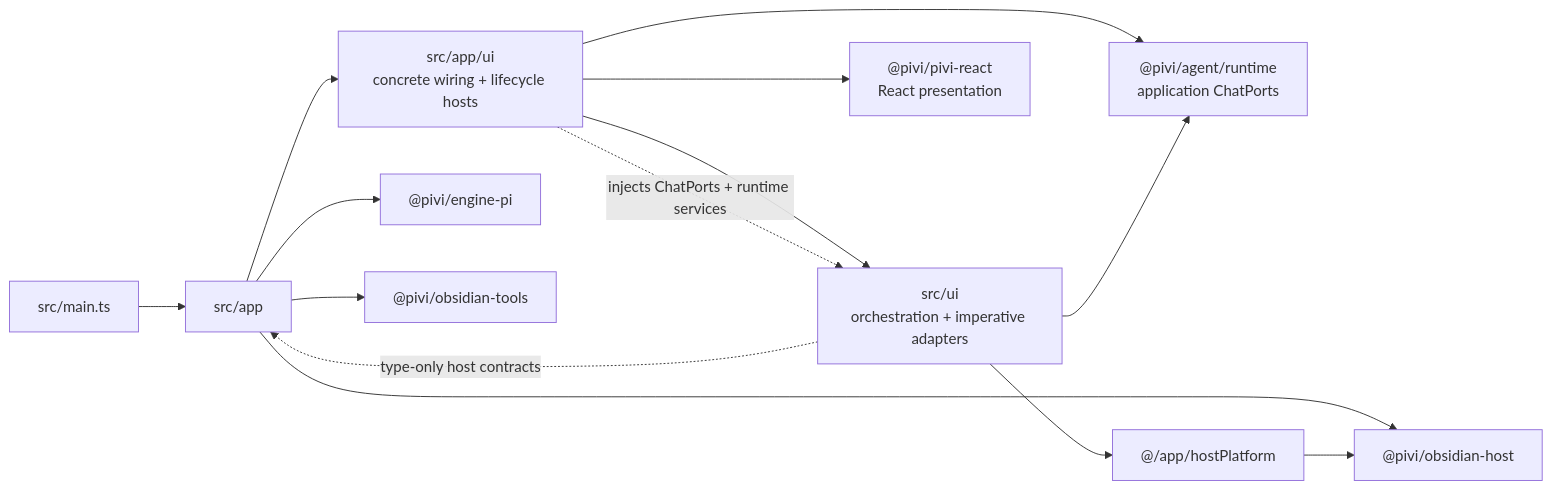
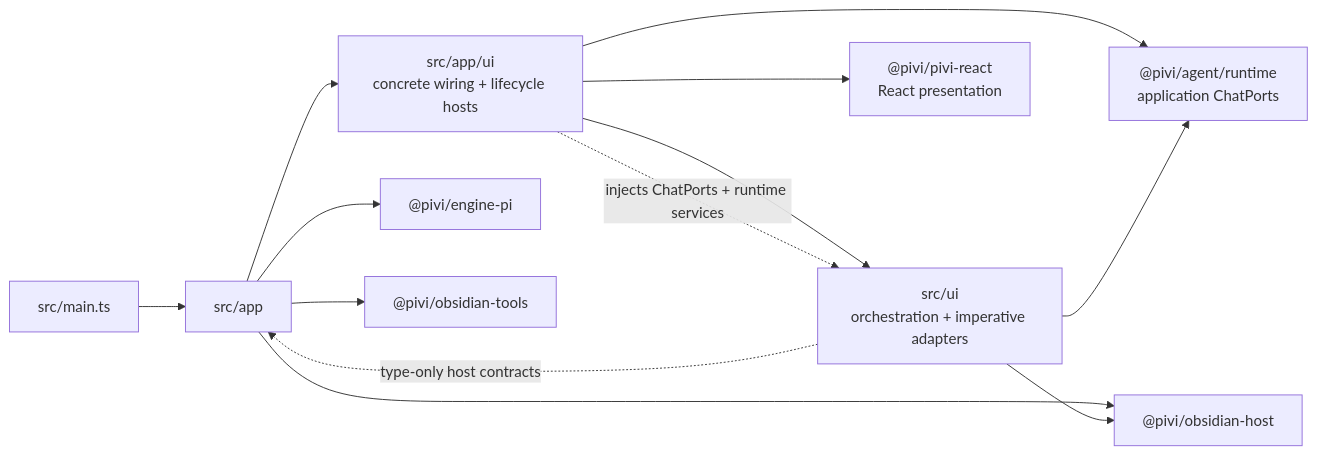
One commit to shuuul/obsidian-pivi changed the diagram in src/app/AGENTS.md. Above: the diagram before and after it, drawn with Mermaid. The commit also changed other lines of this file and 328 other files, not shown here.

````diff
--- a/src/app/AGENTS.md
+++ b/src/app/AGENTS.md
@@ -11,16 +11,15 @@
 ```mermaid
 flowchart LR
   Main["src/main.ts"] --> App["src/app"]
   App --> AppUI["src/app/ui<br/>concrete wiring + lifecycle hosts"]
   AppUI --> UI["src/ui<br/>orchestration + imperative adapters"]
   AppUI --> ReactUI["@pivi/pivi-react<br/>React presentation"]
   AppUI --> Runtime["@pivi/agent/runtime<br/>application ChatPorts"]
   App --> Host["@pivi/obsidian-host"]
   App --> Engine["@pivi/engine-pi"]
   App --> Tools["@pivi/obsidian-tools"]
   UI -. "type-only host contracts" .-> App
   AppUI -. "injects ChatPorts + runtime services" .-> UI
   UI --> Runtime
-  UI --> Platform["@/app/hostPlatform"]
-  Platform --> Host
+  UI --> Host
 ```
````
